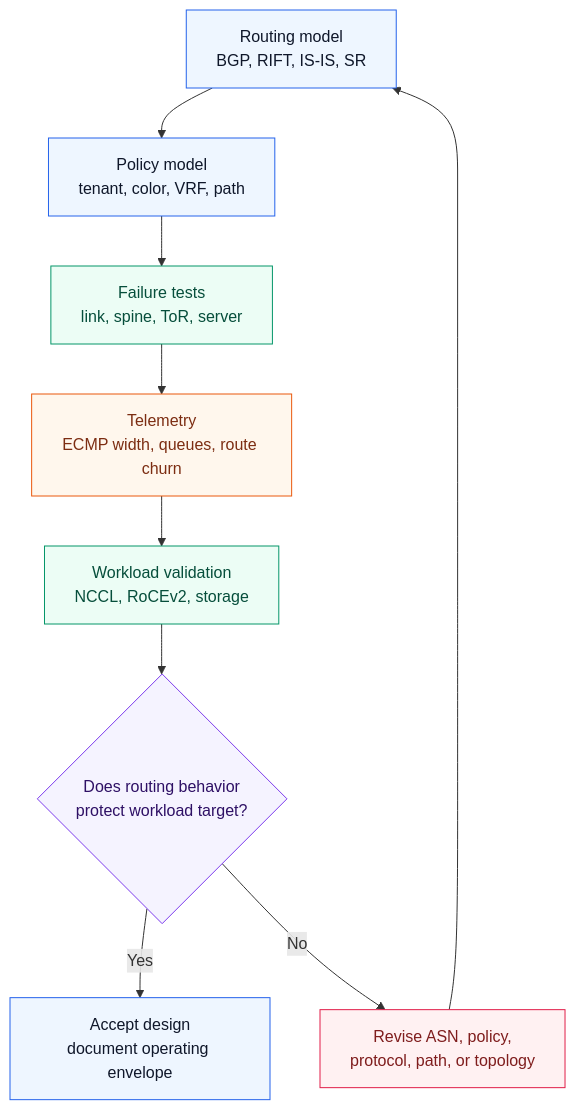
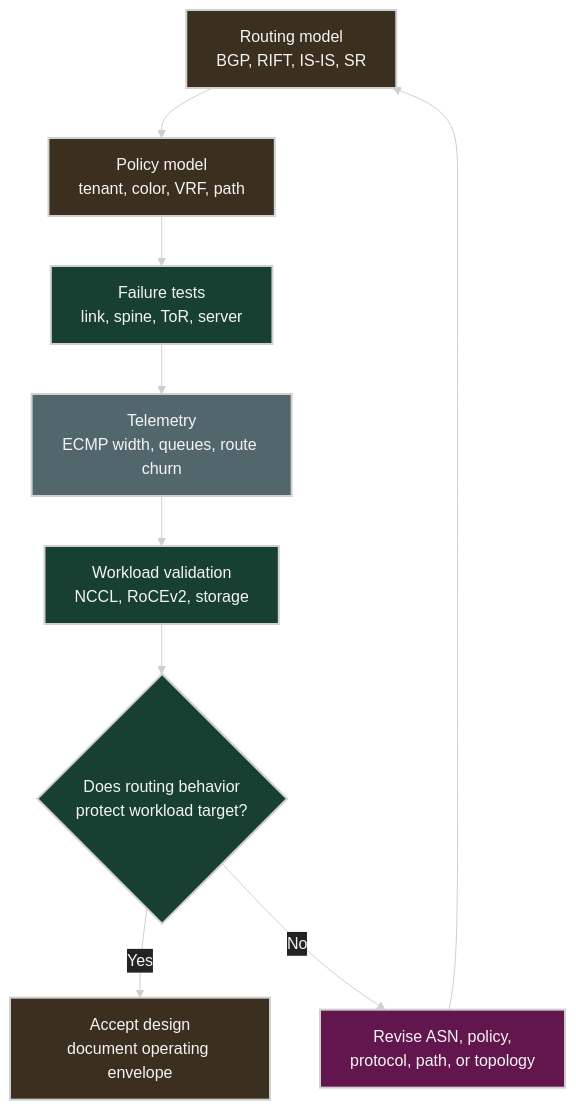
Before and after one commit to ziwon/ai-data-center-network: diagram 11 of 11 in ai-data-center-network/chap08/README.md, drawn with Mermaid. The commit also changed other lines of this file and 35 other files, not shown here.

Commit message:
docs(mermaid): apply dark diagram style

````diff
--- a/ai-data-center-network/chap08/README.md
+++ b/ai-data-center-network/chap08/README.md
@@ -874,22 +884,23 @@
 ```mermaid
+%%{init: {"theme": "base", "themeVariables": {"background": "#171717", "primaryColor": "#232323", "primaryTextColor": "#f5f5f5", "primaryBorderColor": "#d0d0d0", "lineColor": "#cfcfcf", "fontFamily": "Inter, Arial, sans-serif"}}}%%
 flowchart TB
-    classDef model fill:#eef6ff,stroke:#2563eb,color:#0f172a
-    classDef test fill:#ecfdf5,stroke:#059669,color:#064e3b
-    classDef signal fill:#fff7ed,stroke:#ea580c,color:#7c2d12
-    classDef decision fill:#f5f3ff,stroke:#7c3aed,color:#2e1065
-    classDef fix fill:#fff1f2,stroke:#e11d48,color:#7f1d1d
+    classDef model fill:#3b2f20,stroke:#d0d0d0,color:#f5f5f5,stroke-width:2px;
+    classDef test fill:#173f32,stroke:#d0d0d0,color:#f5f5f5,stroke-width:2px;
+    classDef signal fill:#52676b,stroke:#d0d0d0,color:#f5f5f5,stroke-width:2px;
+    classDef decision fill:#173f32,stroke:#d0d0d0,color:#f5f5f5,stroke-width:2px;
+    classDef fix fill:#62164d,stroke:#d0d0d0,color:#f5f5f5,stroke-width:2px;
 
     R[Routing model<br/>BGP, RIFT, IS-IS, SR]:::model
     P[Policy model<br/>tenant, color, VRF, path]:::model
     F[Failure tests<br/>link, spine, ToR, server]:::test
     T[Telemetry<br/>ECMP width, queues, route churn]:::signal
     W[Workload validation<br/>NCCL, RoCEv2, storage]:::test
     D{Does routing behavior<br/>protect workload target?}:::decision
     A[Accept design<br/>document operating envelope]:::model
     X[Revise ASN, policy,<br/>protocol, path, or topology]:::fix
 
     R --> P --> F --> T --> W --> D
     D -->|Yes| A
     D -->|No| X
     X --> R
 ```
````
